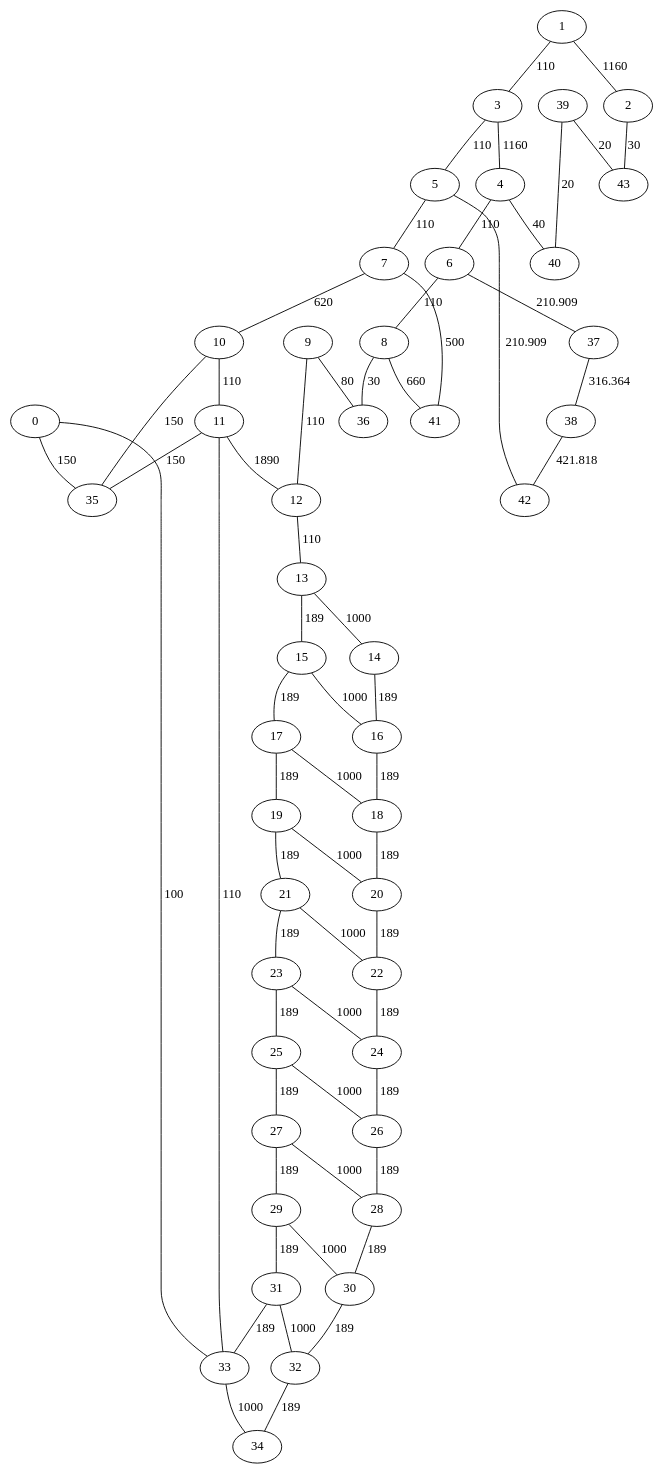
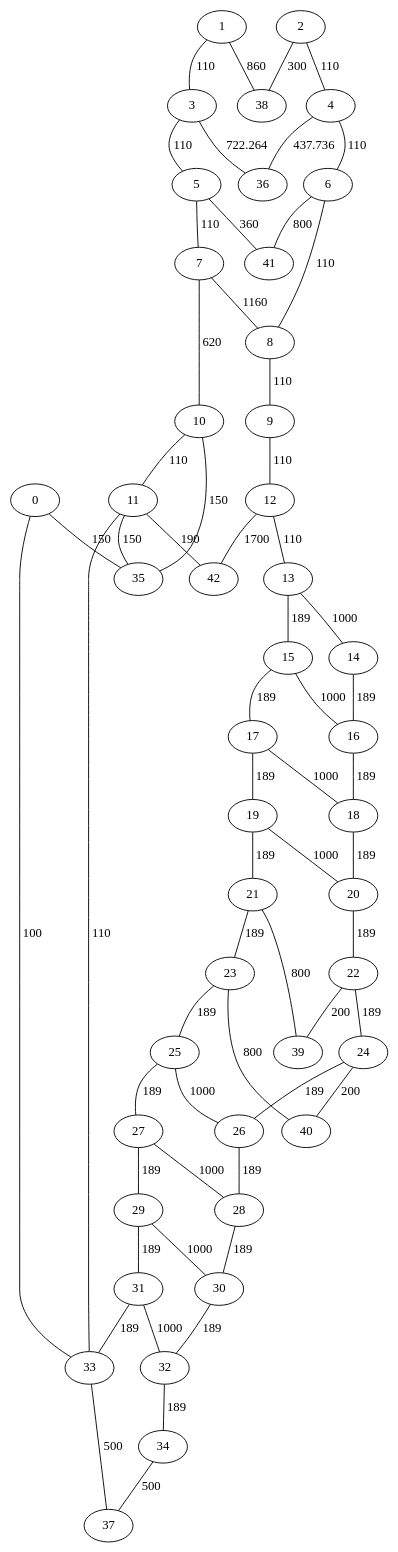
One commit to EmericBraud/fil_rouge_pharma changed the diagram in step3.dot. Above: the diagram before and after it, drawn with Graphviz. The commit also changed 13 other files, not shown here.

```diff
--- a/step3.dot
+++ b/step3.dot
@@ -1,62 +1,61 @@
 graph Warehouse {
     0 -- 35 [label="150"];
     0 -- 33 [label="100"];
+    1 -- 38 [label="860"];
     1 -- 3 [label="110"];
-    1 -- 2 [label="1160"];
-    2 -- 43 [label="30"];
+    2 -- 38 [label="300"];
+    2 -- 4 [label="110"];
+    3 -- 36 [label="722.264"];
     3 -- 5 [label="110"];
-    3 -- 4 [label="1160"];
-    4 -- 40 [label="40"];
+    4 -- 36 [label="437.736"];
     4 -- 6 [label="110"];
+    5 -- 41 [label="360"];
     5 -- 7 [label="110"];
-    5 -- 42 [label="210.909"];
-    6 -- 37 [label="210.909"];
+    6 -- 41 [label="800"];
     6 -- 8 [label="110"];
-    7 -- 41 [label="500"];
     7 -- 10 [label="620"];
-    8 -- 41 [label="660"];
-    8 -- 36 [label="30"];
-    9 -- 36 [label="80"];
+    7 -- 8 [label="1160"];
+    8 -- 9 [label="110"];
     9 -- 12 [label="110"];
     10 -- 35 [label="150"];
     10 -- 11 [label="110"];
+    11 -- 42 [label="190"];
     11 -- 35 [label="150"];
     11 -- 33 [label="110"];
-    11 -- 12 [label="1890"];
+    12 -- 42 [label="1700"];
     12 -- 13 [label="110"];
     13 -- 15 [label="189"];
     13 -- 14 [label="1000"];
     14 -- 16 [label="189"];
     15 -- 17 [label="189"];
     15 -- 16 [label="1000"];
     16 -- 18 [label="189"];
     17 -- 19 [label="189"];
     17 -- 18 [label="1000"];
     18 -- 20 [label="189"];
     19 -- 21 [label="189"];
     19 -- 20 [label="1000"];
     20 -- 22 [label="189"];
+    21 -- 39 [label="800"];
     21 -- 23 [label="189"];
-    21 -- 22 [label="1000"];
+    22 -- 39 [label="200"];
     22 -- 24 [label="189"];
+    23 -- 40 [label="800"];
     23 -- 25 [label="189"];
-    23 -- 24 [label="1000"];
+    24 -- 40 [label="200"];
     24 -- 26 [label="189"];
     25 -- 27 [label="189"];
     25 -- 26 [label="1000"];
     26 -- 28 [label="189"];
     27 -- 29 [label="189"];
     27 -- 28 [label="1000"];
     28 -- 30 [label="189"];
     29 -- 31 [label="189"];
     29 -- 30 [label="1000"];
     30 -- 32 [label="189"];
     31 -- 33 [label="189"];
     31 -- 32 [label="1000"];
     32 -- 34 [label="189"];
-    33 -- 34 [label="1000"];
-    37 -- 38 [label="316.364"];
-    38 -- 42 [label="421.818"];
-    39 -- 40 [label="20"];
-    39 -- 43 [label="20"];
+    33 -- 37 [label="500"];
+    34 -- 37 [label="500"];
 }
```
